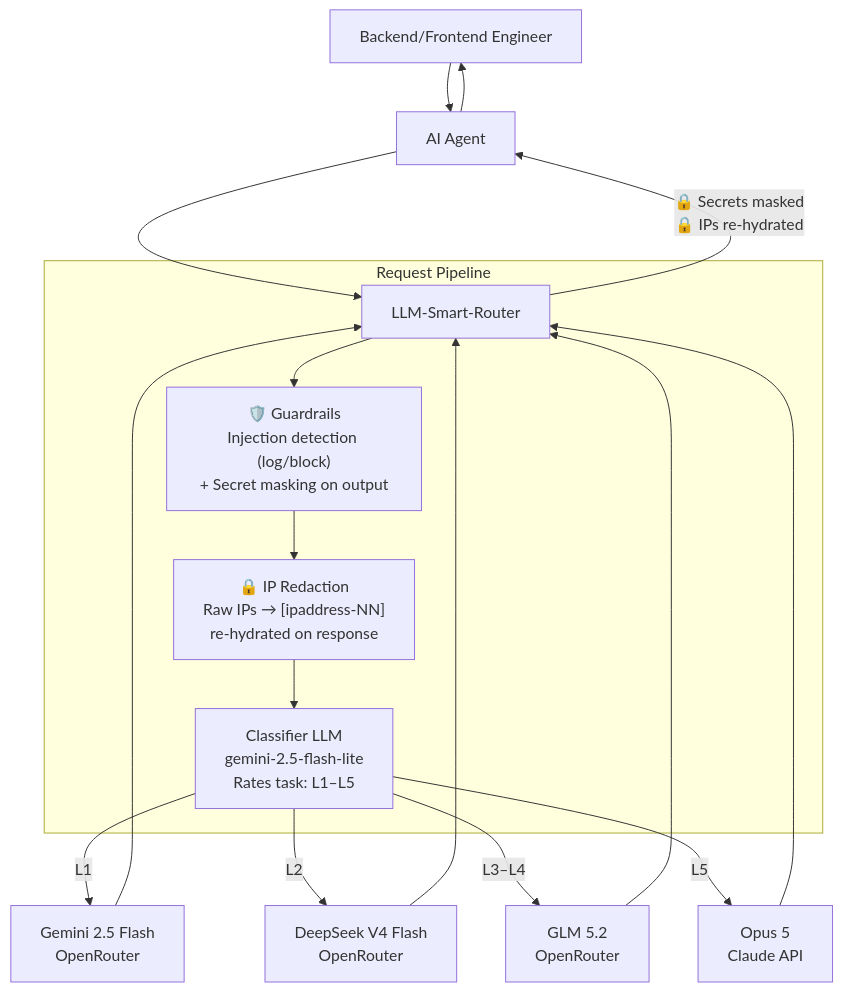
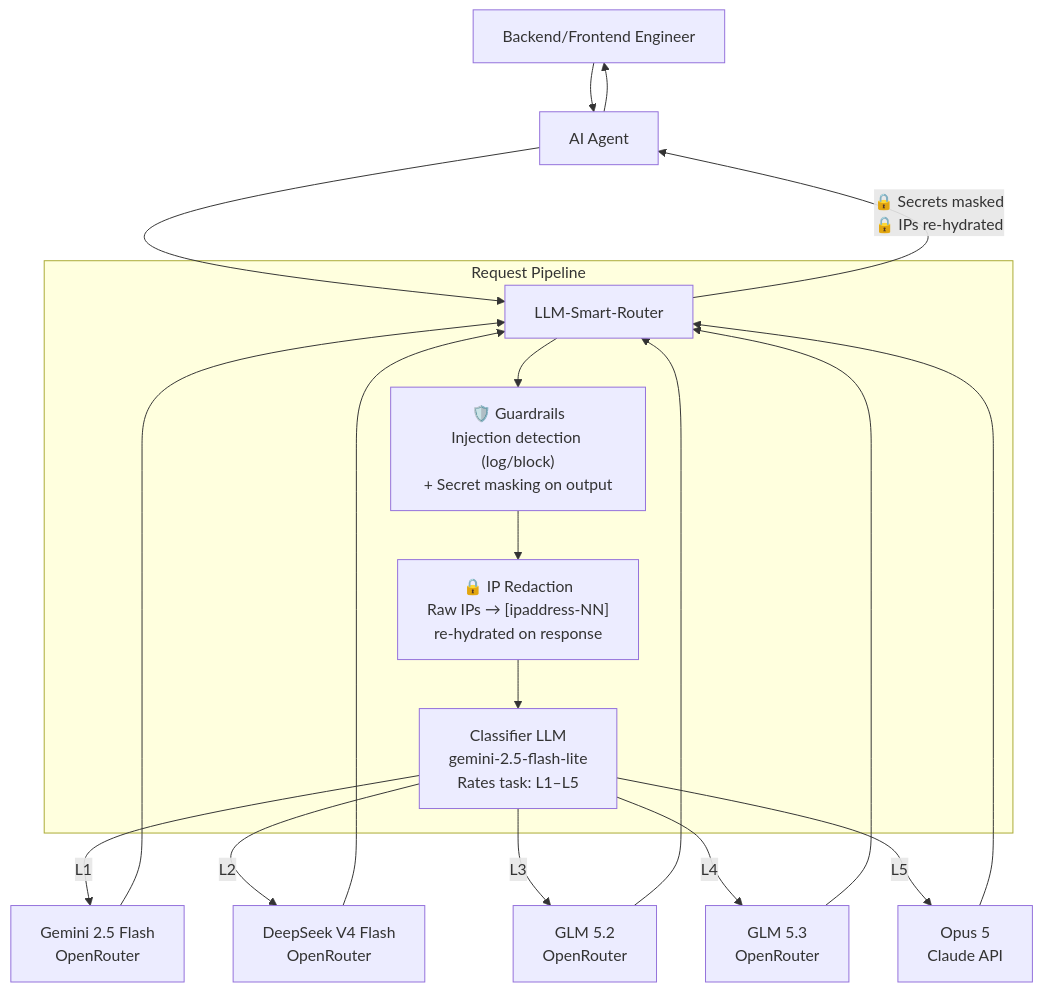
The diagram in README.md (Green-Needle-Tech/llm-smart-router), drawn with Mermaid before and after one commit.

Commit message:
docs: split Mermaid L3 GLM 5.2 / L4 GLM 5.3

````diff
--- a/README.md
+++ b/README.md
@@ -110,24 +110,26 @@
 ```mermaid
 flowchart TD
     A[Backend/Frontend Engineer] --> B[AI Agent]
     B --> C[LLM-Smart-Router]
 
     subgraph Router [Request Pipeline]
         C --> P1["🛡️ Guardrails<br/>Injection detection (log/block)<br/>+ Secret masking on output"]
         P1 --> P2["🔒 IP Redaction<br/>Raw IPs → [ipaddress-NN]<br/>re-hydrated on response"]
         P2 --> D["Classifier LLM<br/>gemini-2.5-flash-lite<br/>Rates task: L1–L5"]
     end
 
     D -->|L1| E[Gemini 2.5 Flash<br/>OpenRouter]
     D -->|L2| F[DeepSeek V4 Flash<br/>OpenRouter]
-    D -->|L3–L4| F2[GLM 5.2<br/>OpenRouter]
+    D -->|L3| F2[GLM 5.2<br/>OpenRouter]
+    D -->|L4| F3[GLM 5.3<br/>OpenRouter]
     D -->|L5| H[Opus 5<br/>Claude API]
 
     E --> C
     F --> C
     F2 --> C
+    F3 --> C
     H --> C
 
     C -->|"🔒 Secrets masked<br/>🔒 IPs re-hydrated"| B
     B --> A
 ```
````
